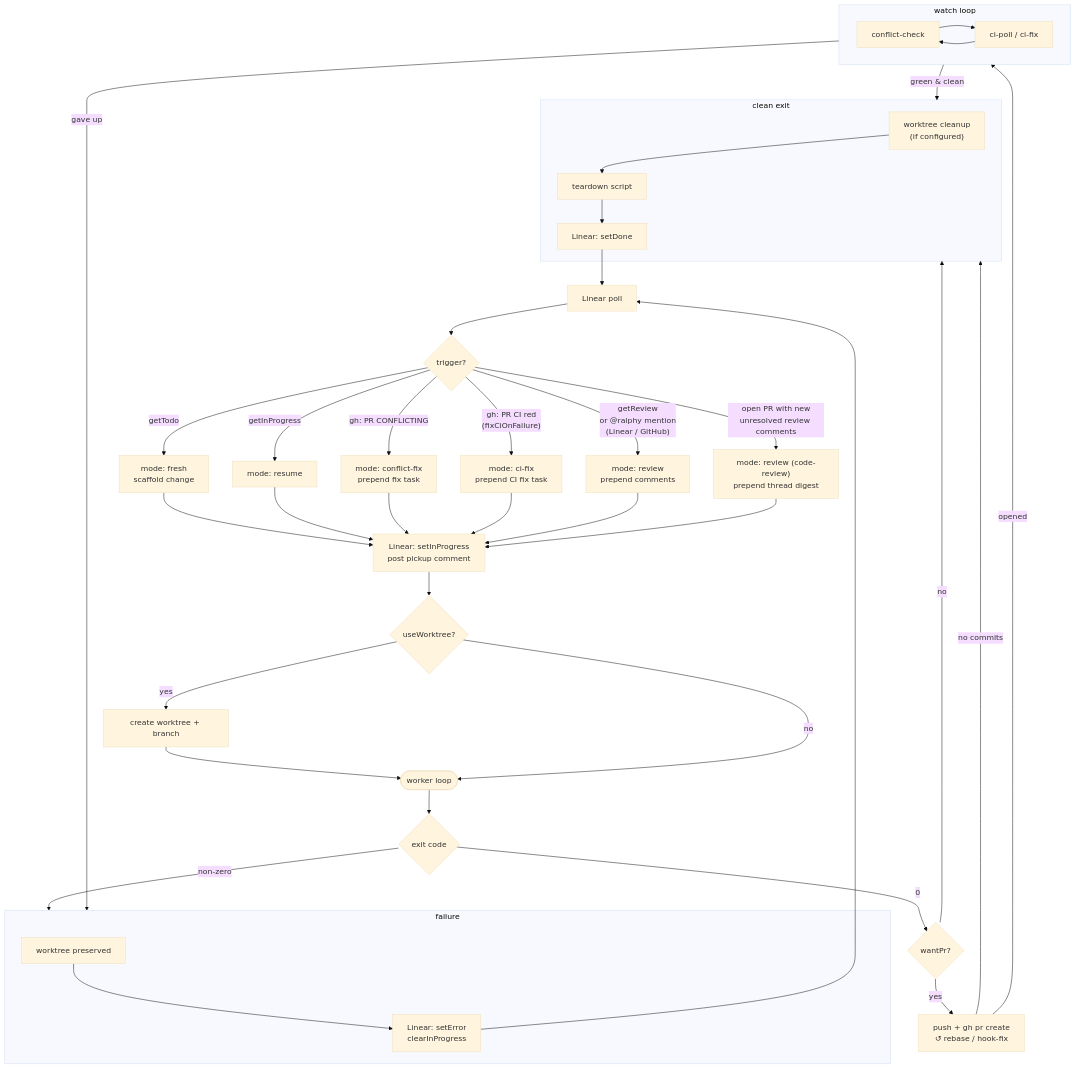
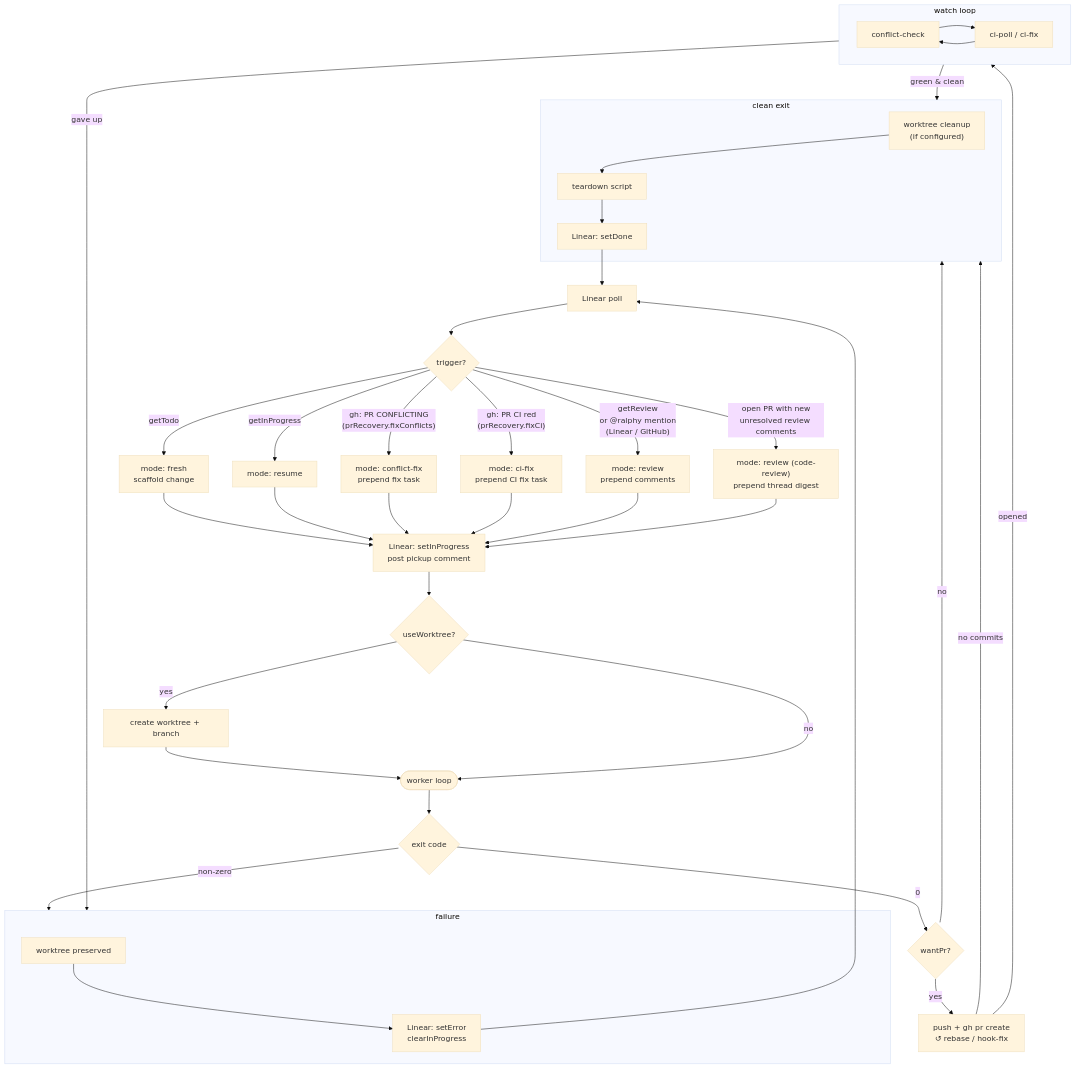
The diagram in GUIDE.md (rosneri/ralphy), drawn with Mermaid (base theme) before and after one commit. The commit also changed other lines of this file and 62 other files, not shown here.

First line of the commit message:
feat(recovery)!: unify CI + conflict recovery into one prRecovery watcher (#361)

````diff
--- a/GUIDE.md
+++ b/GUIDE.md
@@ -111,39 +114,39 @@
 ```mermaid
 flowchart TD
     POLL["Linear poll"] --> SCAN{trigger?}
     SCAN -- "getTodo" --> FRESH["mode: fresh\nscaffold change"]
     SCAN -- "getInProgress" --> RESUME["mode: resume"]
-    SCAN -- "gh: PR CONFLICTING" --> CFX["mode: conflict-fix\nprepend fix task"]
-    SCAN -- "gh: PR CI red\n(fixCiOnFailure)" --> CIFX["mode: ci-fix\nprepend CI fix task"]
+    SCAN -- "gh: PR CONFLICTING\n(prRecovery.fixConflicts)" --> CFX["mode: conflict-fix\nprepend fix task"]
+    SCAN -- "gh: PR CI red\n(prRecovery.fixCi)" --> CIFX["mode: ci-fix\nprepend CI fix task"]
     SCAN -- "getReview\nor @ralphy mention\n(Linear / GitHub)" --> REV["mode: review\nprepend comments"]
     SCAN -- "open PR with new\nunresolved review comments" --> CR["mode: review (code-review)\nprepend thread digest"]
 
     FRESH & RESUME & CFX & CIFX & REV & CR --> IN_PROG["Linear: setInProgress\npost pickup comment"]
     IN_PROG --> WT{useWorktree?}
     WT -- yes --> SCAFFOLD["create worktree + branch"] --> WORKER([worker loop])
     WT -- no --> WORKER
 
     WORKER --> EXIT{exit code}
     EXIT -- non-zero --> ERR_FLOW
     EXIT -- 0 --> WANT_PR{wantPr?}
     WANT_PR -- no --> DONE_FLOW
     WANT_PR -- yes --> PR["push + gh pr create\n↺ rebase / hook-fix"]
     PR -- "no commits" --> DONE_FLOW
     PR -- "opened" --> WATCH
 
     subgraph WATCH["watch loop"]
         direction LR
         WATCH_CHECK["conflict-check"] --> WATCH_CI["ci-poll / ci-fix"]
         WATCH_CI --> WATCH_CHECK
     end
     WATCH -- "green & clean" --> DONE_FLOW
     WATCH -- "gave up" --> ERR_FLOW
 
     subgraph DONE_FLOW["clean exit"]
         D1["worktree cleanup\n(if configured)"] --> D2["teardown script"] --> D5["Linear: setDone"]
     end
     subgraph ERR_FLOW["failure"]
         E1["worktree preserved"] --> E2["Linear: setError\nclearInProgress"]
     end
     D5 & E2 --> POLL
 ```
````
